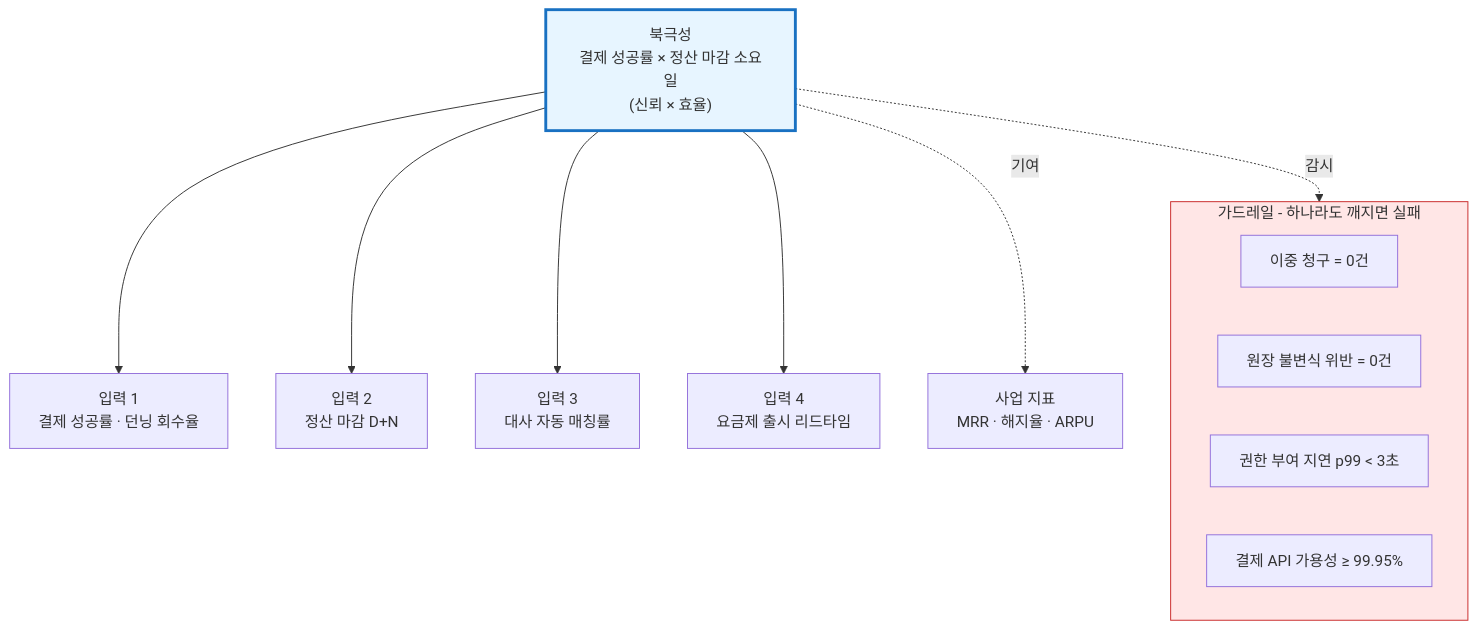
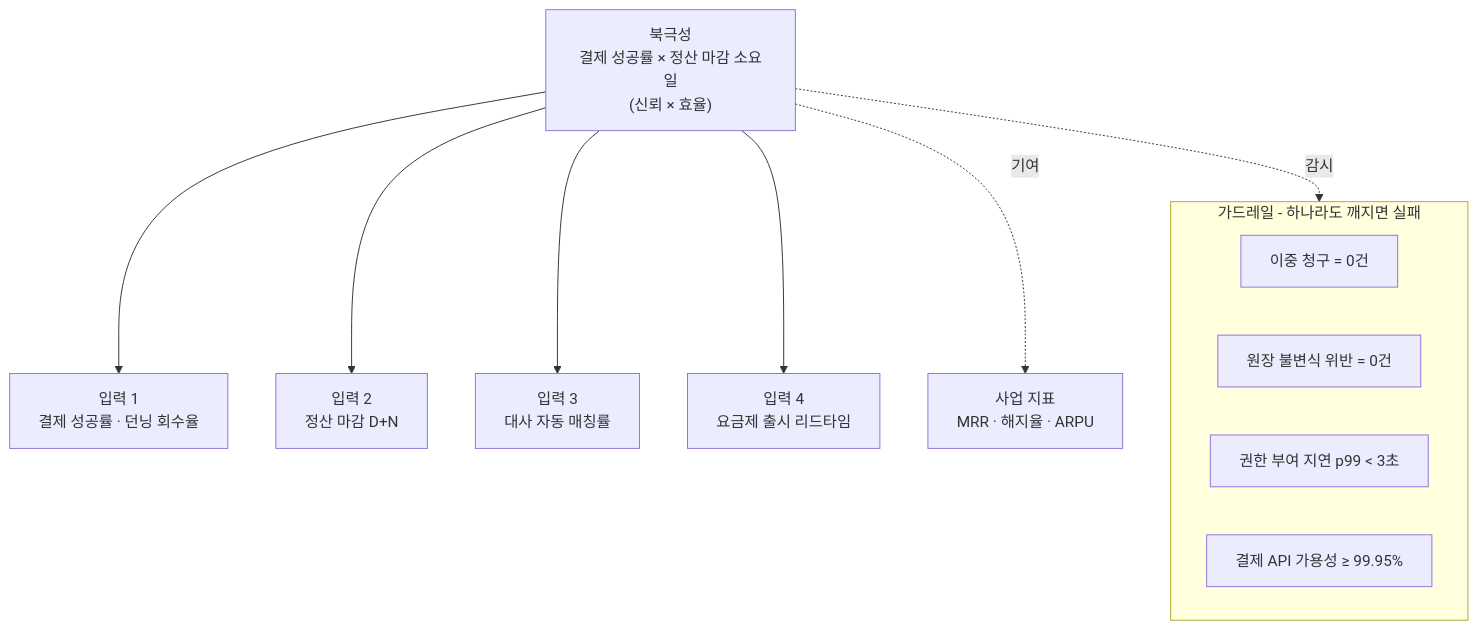
Diagram 17 of 17 in pages/product-lead-loadmap/02_결제정산.md (withwooyong/withwooyong.github.io), drawn with Mermaid before and after one commit. The commit also changed other lines of this file and 16 other files, not shown here.

````diff
--- a/pages/product-lead-loadmap/02_결제정산.md
+++ b/pages/product-lead-loadmap/02_결제정산.md
@@ -1210,23 +1225,20 @@
 ```mermaid
 flowchart TD
     NS["북극성<br/>결제 성공률 × 정산 마감 소요일<br/>(신뢰 × 효율)"]
 
     NS --> I1["입력 1<br/>결제 성공률 · 던닝 회수율"]
     NS --> I2["입력 2<br/>정산 마감 D+N"]
     NS --> I3["입력 3<br/>대사 자동 매칭률"]
     NS --> I4["입력 4<br/>요금제 출시 리드타임"]
 
     NS -.기여.-> BIZ["사업 지표<br/>MRR · 해지율 · ARPU"]
 
     subgraph GR["가드레일 - 하나라도 깨지면 실패"]
         G1["이중 청구 = 0건"]
         G2["원장 불변식 위반 = 0건"]
         G3["권한 부여 지연 p99 < 3초"]
         G4["결제 API 가용성 ≥ 99.95%"]
     end
 
     NS -.감시.-> GR
-
-    style NS fill:#e7f5ff,stroke:#1971c2,stroke-width:3px
-    style GR fill:#ffe6e6,stroke:#c92a2a
 ```
````
